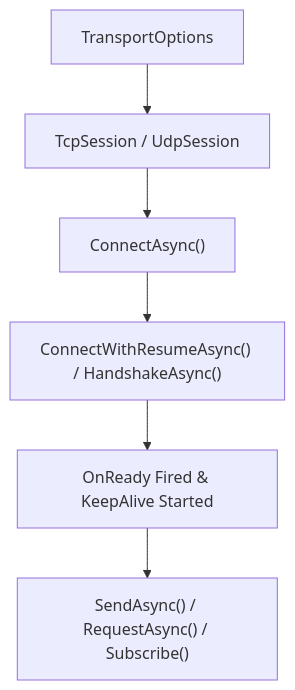
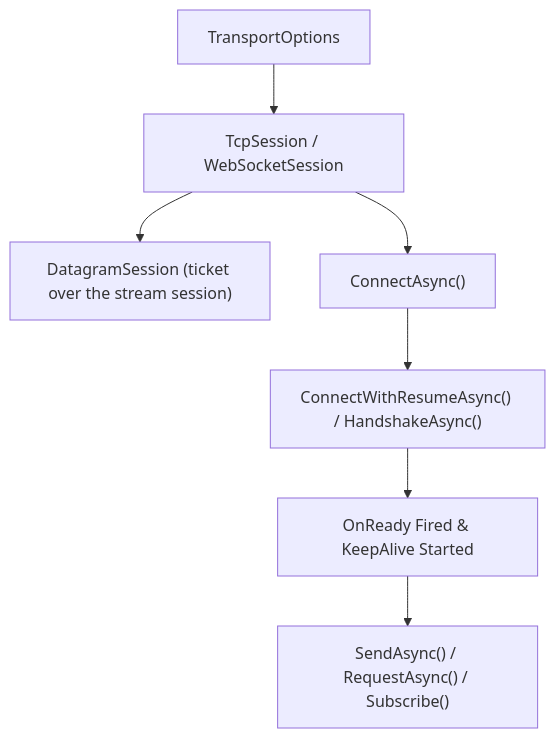
Before and after one commit to ppn-systems/nalix-docs: the diagram in src/content/docs/en-us/packages/nalix-sdk.md, drawn with Mermaid. The commit also changed other lines of this file and 101 other files, not shown here.

````diff
--- a/src/content/docs/en-us/packages/nalix-sdk.md
+++ b/src/content/docs/en-us/packages/nalix-sdk.md
@@ -16,8 +16,9 @@
 ```mermaid
 flowchart TD
-    A["TransportOptions"] --> B["TcpSession / UdpSession"]
+    A["TransportOptions"] --> B["TcpSession / WebSocketSession"]
+    B --> B2["DatagramSession (ticket over the stream session)"]
     B --> C["ConnectAsync()"]
     C --> D["ConnectWithResumeAsync() / HandshakeAsync()"]
     D --> E["OnReady Fired & KeepAlive Started"]
     E --> F["SendAsync() / RequestAsync<TResponse>() / Subscribe<T>()"]
 ```
````
